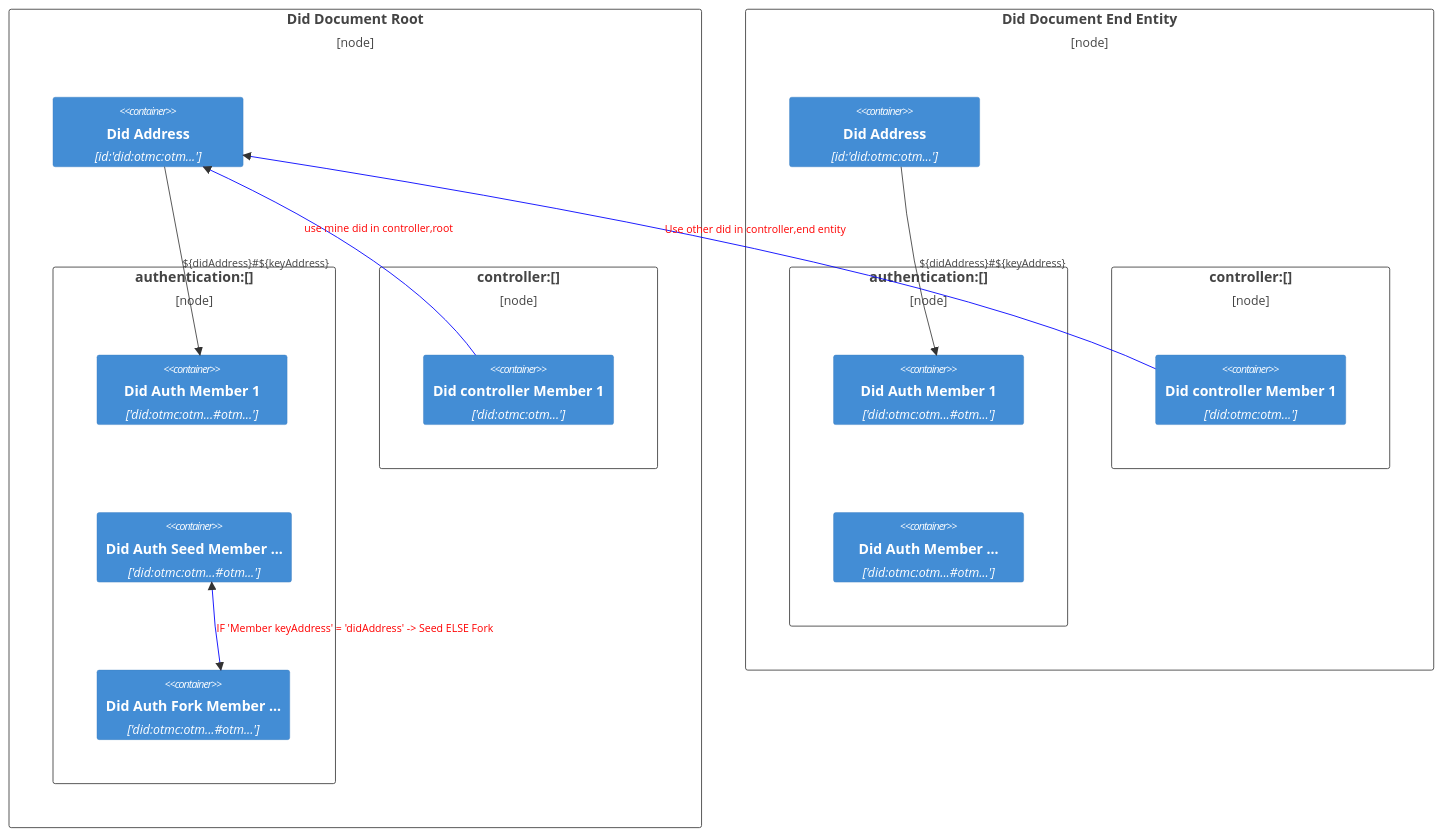
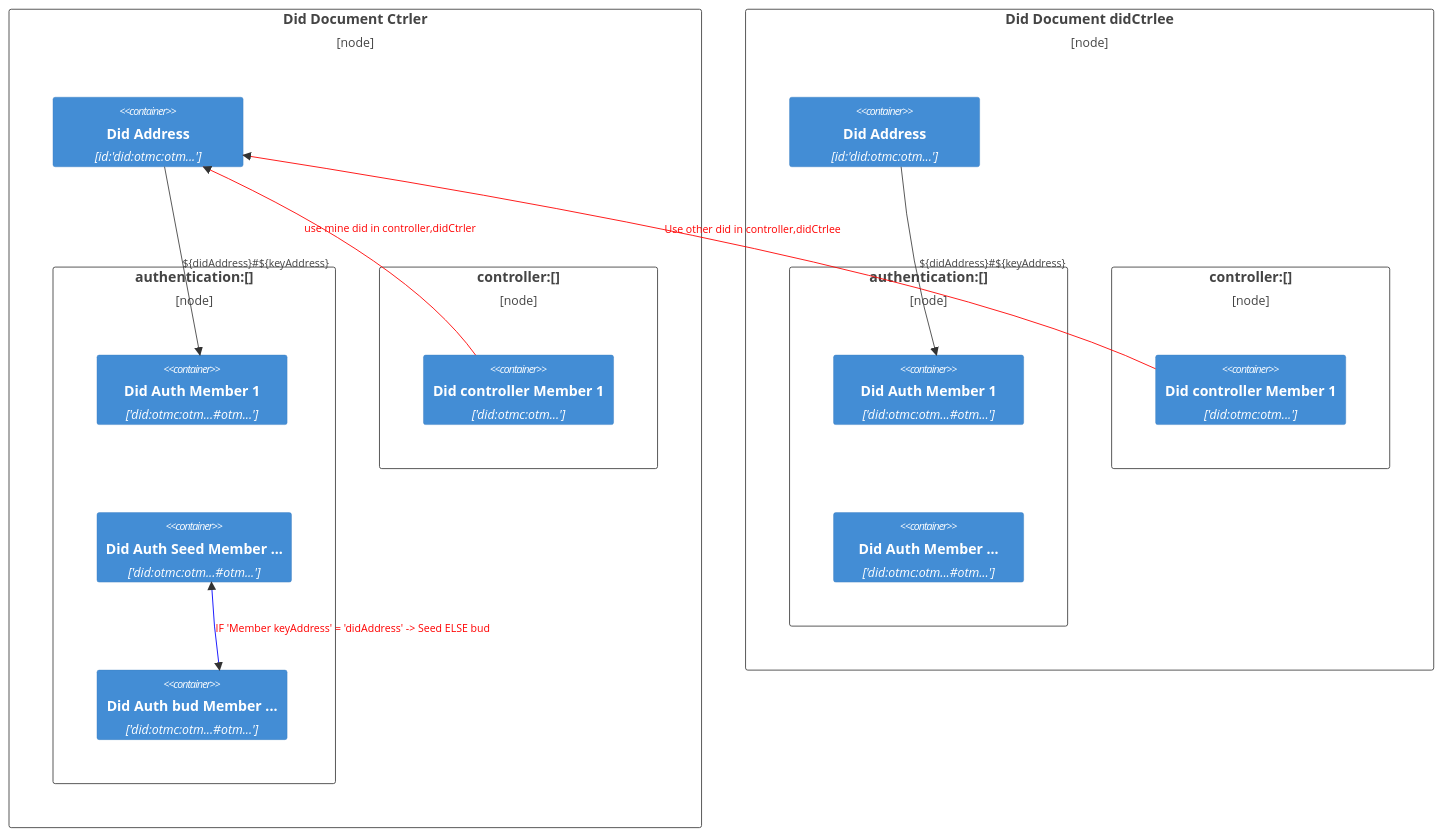
One commit to WatorVapor/otmc changed the second of 3 diagrams in otmc-package/README.md. Above: the diagram before and after it, drawn with Mermaid. The commit also changed other lines of this file and 2 other files, not shown here.

Commit message:
change name

````diff
--- a/otmc-package/README.md
+++ b/otmc-package/README.md
@@ -38,37 +38,37 @@
 ```mermaid
 C4Deployment
-    Deployment_Node(didRoot, "Did Document Root") {
+    Deployment_Node(didCtrler, "Did Document Ctrler") {
         Container(didAddress, "Did Address","id:'did:otmc:otm...'")
         Deployment_Node(authhMembers, "authentication:[]") {
             Container(authMember, "Did Auth Member 1","'did:otmc:otm...#otm...'")
             Container(authMemberSeed, "Did Auth Seed Member ...","'did:otmc:otm...#otm...'")
-            Container(authMemberFork, "Did Auth Fork Member ...","'did:otmc:otm...#otm...'")
+            Container(authMemberbud, "Did Auth bud Member ...","'did:otmc:otm...#otm...'")
         }
         Rel(didAddress, authMember,  "${didAddress}#${keyAddress}", "")
-        BiRel(authMemberSeed, authMemberFork,  "IF 'Member keyAddress' = 'didAddress' -> Seed  ELSE Fork", "")
-        UpdateRelStyle(authMemberSeed, authMemberFork, "red", "blue")
+        BiRel(authMemberSeed, authMemberbud,  "IF 'Member keyAddress' = 'didAddress' -> Seed  ELSE bud", "")
+        UpdateRelStyle(authMemberSeed, authMemberbud, "red", "blue")
         Deployment_Node(controllers, "controller:[]") {
             Container(controller, "Did controller Member 1","'did:otmc:otm...'")
         }
-        Rel(controller, didAddress,  "use mine did in controller,root", "")
-        UpdateRelStyle(controller, didAddress, "red", "blue","-40","-40")
+        Rel(controller, didAddress,  "use mine did in controller,didCtrler", "")
+        UpdateRelStyle(controller, didAddress, "red", "red","-40","-40")
     }
 
-    Deployment_Node(didEndEntity, "Did Document End Entity") {
+    Deployment_Node(diddidCtrlee, "Did Document didCtrlee") {
         Container(didAddressEE, "Did Address","id:'did:otmc:otm...'")
-        Deployment_Node(authhMembersEE, "authentication:[]") {
-            Container(authMemberEE, "Did Auth Member 1","'did:otmc:otm...#otm...'")
-            Container(authMemberEE2, "Did Auth Member ...","'did:otmc:otm...#otm...'")
+        Deployment_Node(authhMembersLE, "authentication:[]") {
+            Container(authMemberLE, "Did Auth Member 1","'did:otmc:otm...#otm...'")
+            Container(authMemberLE2, "Did Auth Member ...","'did:otmc:otm...#otm...'")
         }
-        Rel(didAddressEE, authMemberEE,  "${didAddress}#${keyAddress}", "")
-        Deployment_Node(controllersEE, "controller:[]") {
-            Container(controllerEE, "Did controller Member 1","'did:otmc:otm...'")
+        Rel(didAddressEE, authMemberLE,  "${didAddress}#${keyAddress}", "")
+        Deployment_Node(controllersLE, "controller:[]") {
+            Container(controllerLE, "Did controller Member 1","'did:otmc:otm...'")
         }
-        Rel(controllerEE, didAddress,  "Use other did in controller,end entity ", "")
-        UpdateRelStyle(controllerEE, didAddress, "red", "blue","-40","-40")
+        Rel(controllerLE, didAddress,  "Use other did in controller,didCtrlee ", "")
+        UpdateRelStyle(controllerLE, didAddress, "red", "red","-40","-40")
 
     }
 
     UpdateLayoutConfig($c4ShapeInRow="1", $c4BoundaryInRow="4")
 
 ```
````
